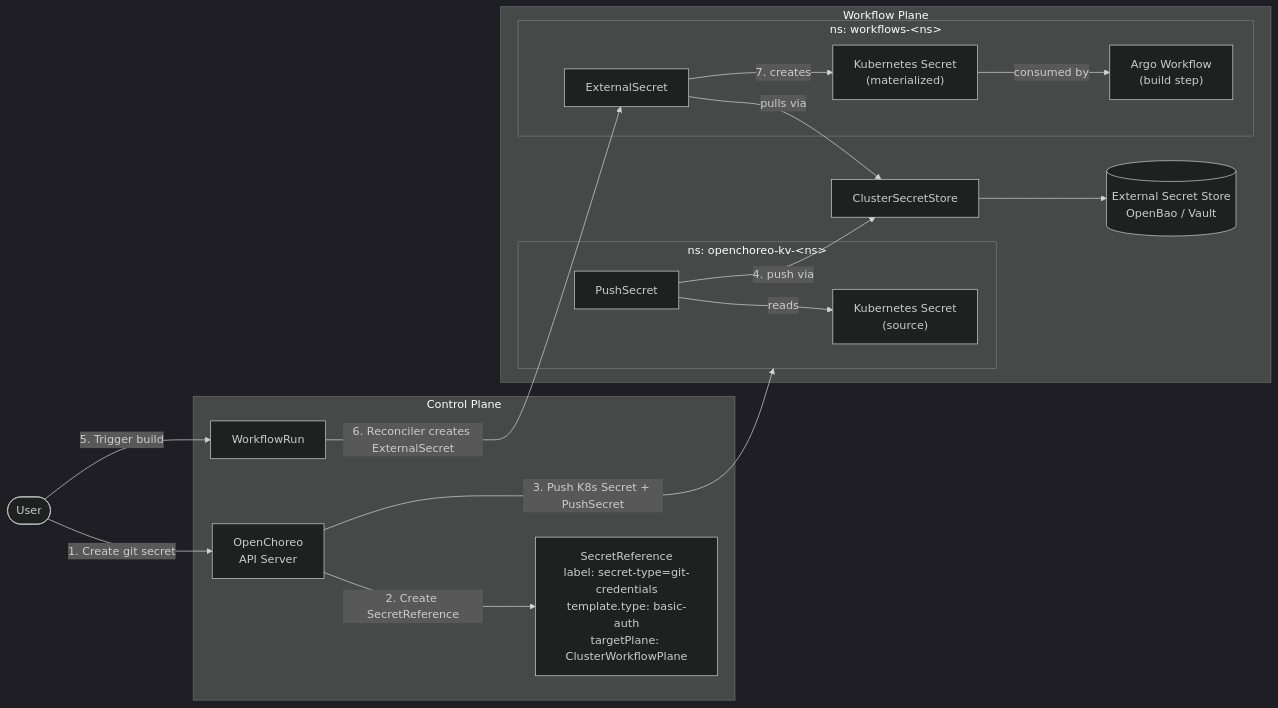
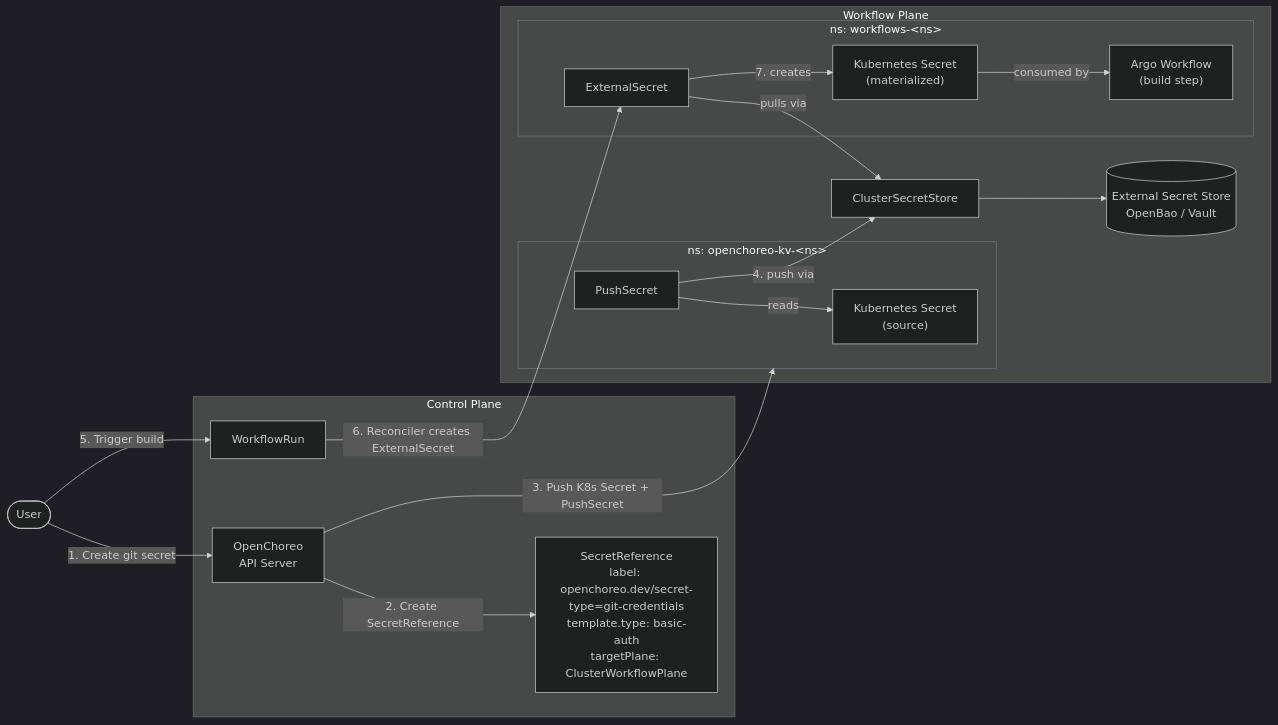
One commit to openchoreo/openchoreo.github.io changed the diagram in docs/developer-guide/workflows/ci/private-repository.md. Above: the diagram before and after it, drawn with Mermaid (dark theme). The commit also changed 2 other files, not shown here.

Commit message:
docs: fix prettier formatting and SR label key

````diff
--- a/docs/developer-guide/workflows/ci/private-repository.md
+++ b/docs/developer-guide/workflows/ci/private-repository.md
@@ -127,39 +127,39 @@
 ```mermaid
 flowchart LR
   user(["User"])
 
   subgraph CP["Control Plane"]
     api["OpenChoreo<br/>API Server"]
-    sr["SecretReference<br/>label: secret-type=git-credentials<br/>template.type: basic-auth<br/>targetPlane: ClusterWorkflowPlane"]
+    sr["SecretReference<br/>label: openchoreo.dev/secret-type=git-credentials<br/>template.type: basic-auth<br/>targetPlane: ClusterWorkflowPlane"]
     wfrun["WorkflowRun"]
   end
 
   subgraph WP["Workflow Plane"]
     subgraph KVNS["ns: openchoreo-kv-&lt;ns&gt;"]
       srcSecret["Kubernetes Secret<br/>(source)"]
       pushSecret["PushSecret"]
     end
 
     subgraph WFNS["ns: workflows-&lt;ns&gt;"]
       extSecret["ExternalSecret"]
       runSecret["Kubernetes Secret<br/>(materialized)"]
       argo["Argo Workflow<br/>(build step)"]
     end
 
     css["ClusterSecretStore"]
     store[("External Secret Store<br/>OpenBao / Vault")]
   end
 
   user -- "1. Create git secret" --> api
   api -- "2. Create SecretReference" --> sr
   api -- "3. Push K8s Secret + PushSecret" --> KVNS
   pushSecret -- "reads" --> srcSecret
   pushSecret -- "4. push via" --> css
   css --> store
 
   user -- "5. Trigger build" --> wfrun
   wfrun -- "6. Reconciler creates ExternalSecret" --> extSecret
   extSecret -- "pulls via" --> css
   extSecret -- "7. creates" --> runSecret
   runSecret -- "consumed by" --> argo
 ```
````
